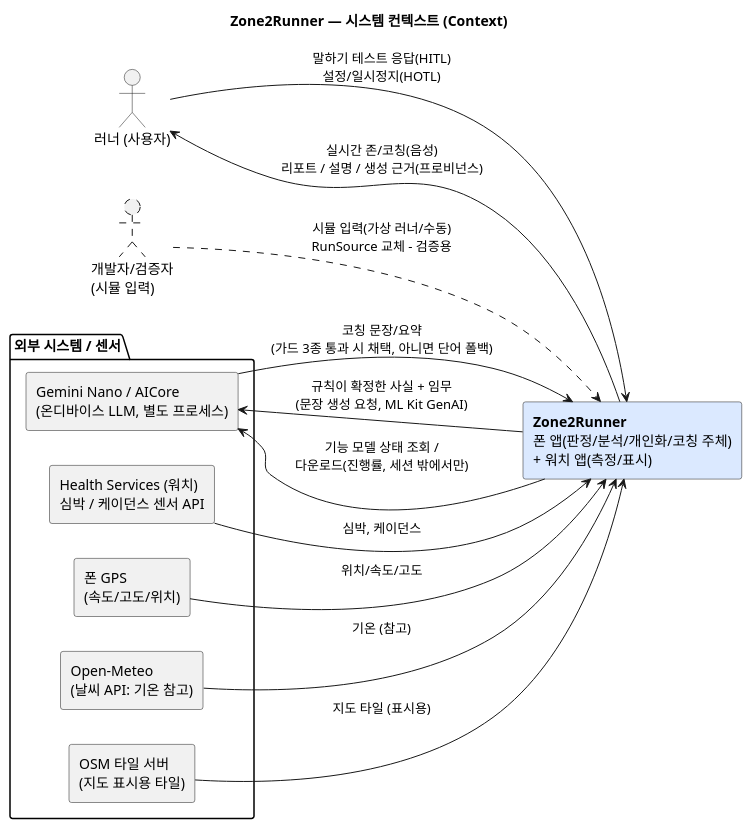
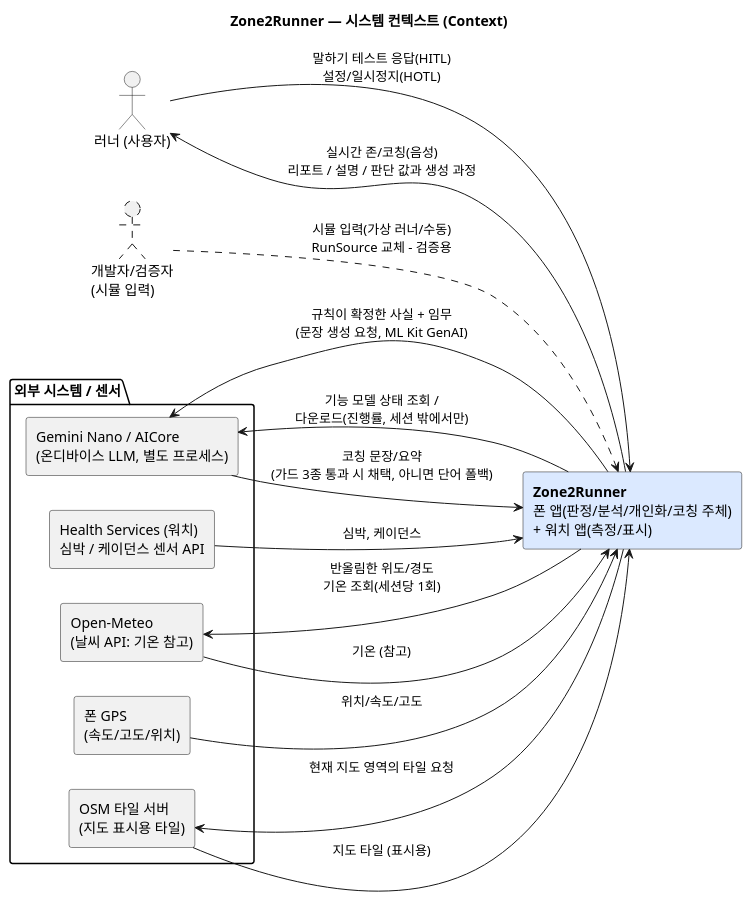
One commit to tenyearslove/zone2runner changed the diagram in arch/diagrams/01-context.puml. Above: the diagram before and after it, drawn with PlantUML. The commit also changed 36 other files, not shown here.

```diff
--- a/arch/diagrams/01-context.puml
+++ b/arch/diagrams/01-context.puml
@@ -1,31 +1,33 @@
 @startuml
 title Zone2Runner — 시스템 컨텍스트 (Context)
 skinparam defaultFontName "Malgun Gothic"
 skinparam componentStyle rectangle
 skinparam shadowing false
 left to right direction
 
 actor "러너 (사용자)" as User
 actor "개발자/검증자\n(시뮬 입력)" as Dev #line.dashed
 
 rectangle "**Zone2Runner**\n폰 앱(판정/분석/개인화/코칭 주체)\n+ 워치 앱(측정/표시)" as SYS #dbe9ff
 
 package "외부 시스템 / 센서" {
   component "Health Services (워치)\n심박 / 케이던스 센서 API" as HS
   component "폰 GPS\n(속도/고도/위치)" as GPS
   component "Gemini Nano / AICore\n(온디바이스 LLM, 별도 프로세스)" as Nano
   component "Open-Meteo\n(날씨 API: 기온 참고)" as Weather
   component "OSM 타일 서버\n(지도 표시용 타일)" as Tiles
 }
 
 User --> SYS : 말하기 테스트 응답(HITL)\n설정/일시정지(HOTL)
-SYS --> User : 실시간 존/코칭(음성)\n리포트 / 설명 / 생성 근거(프로비넌스)
+SYS --> User : 실시간 존/코칭(음성)\n리포트 / 설명 / 판단 값과 생성 과정
 HS --> SYS : 심박, 케이던스
 GPS --> SYS : 위치/속도/고도
 SYS --> Nano : 규칙이 확정한 사실 + 임무\n(문장 생성 요청, ML Kit GenAI)
 Nano --> SYS : 코칭 문장/요약\n(가드 3종 통과 시 채택, 아니면 단어 폴백)
 SYS --> Nano : 기능 모델 상태 조회 /\n다운로드(진행률, 세션 밖에서만)
+SYS --> Weather : 반올림한 위도/경도\n기온 조회(세션당 1회)
 Weather --> SYS : 기온 (참고)
+SYS --> Tiles : 현재 지도 영역의 타일 요청
 Tiles --> SYS : 지도 타일 (표시용)
 Dev ..> SYS : 시뮬 입력(가상 러너/수동)\nRunSource 교체 - 검증용
 @enduml
```
